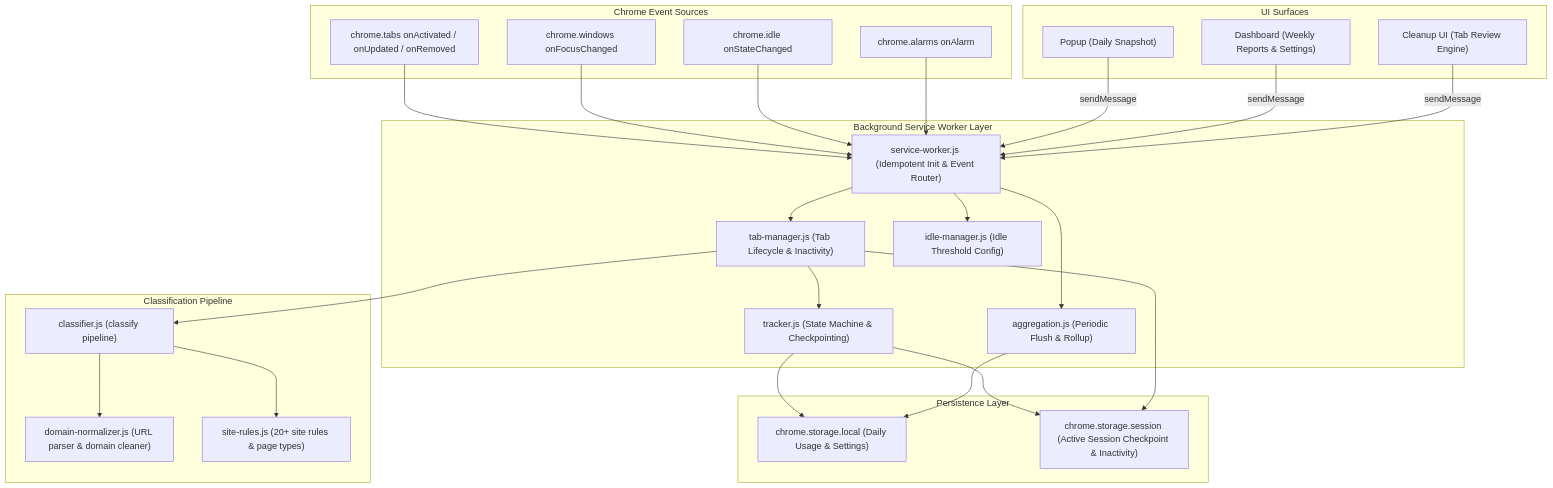
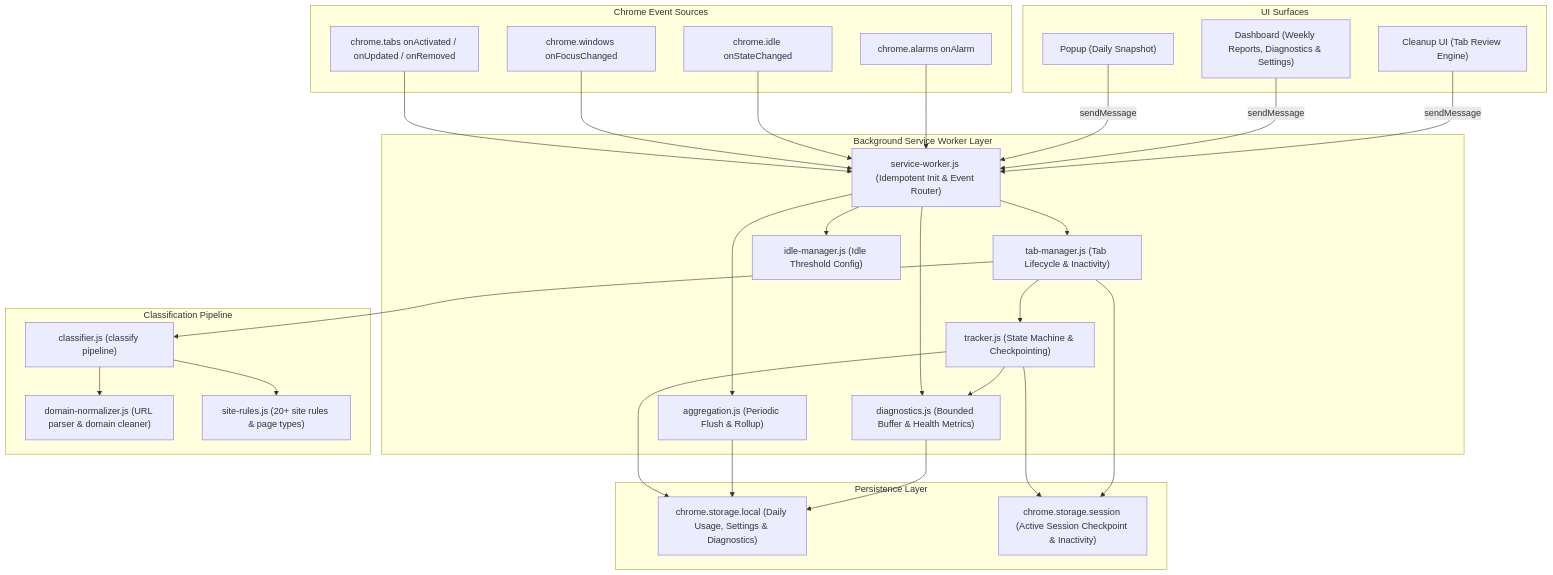
One commit to Bhavadharani412/Web-Usage-Tracker changed the first of 2 diagrams in README.md. Above: the diagram before and after it, drawn with Mermaid. The commit also changed other lines of this file, not shown here.

Commit message:
docs(diagnostics): document health diagnostics, test coverage, and benchmark results

````diff
--- a/README.md
+++ b/README.md
@@ -108,57 +134,61 @@
 ```mermaid
 graph TD
     subgraph BrowserEvents["Chrome Event Sources"]
         BE_Tabs["chrome.tabs onActivated / onUpdated / onRemoved"]
         BE_Win["chrome.windows onFocusChanged"]
         BE_Idle["chrome.idle onStateChanged"]
         BE_Alarm["chrome.alarms onAlarm"]
     end
 
     subgraph ServiceWorkerLayer["Background Service Worker Layer"]
         SW["service-worker.js (Idempotent Init & Event Router)"]
         TM["tab-manager.js (Tab Lifecycle & Inactivity)"]
         TR["tracker.js (State Machine & Checkpointing)"]
         IM["idle-manager.js (Idle Threshold Config)"]
         AG["aggregation.js (Periodic Flush & Rollup)"]
+        DIAG["diagnostics.js (Bounded Buffer & Health Metrics)"]
     end
 
     subgraph ClassificationLayer["Classification Pipeline"]
         CL["classifier.js (classify pipeline)"]
         DN["domain-normalizer.js (URL parser & domain cleaner)"]
         SR["site-rules.js (20+ site rules & page types)"]
     end
 
     subgraph StorageLayer["Persistence Layer"]
-        ST_Local["chrome.storage.local (Daily Usage & Settings)"]
+        ST_Local["chrome.storage.local (Daily Usage, Settings & Diagnostics)"]
         ST_Session["chrome.storage.session (Active Session Checkpoint & Inactivity)"]
     end
 
     subgraph UILayer["UI Surfaces"]
         POP["Popup (Daily Snapshot)"]
-        DASH["Dashboard (Weekly Reports & Settings)"]
+        DASH["Dashboard (Weekly Reports, Diagnostics & Settings)"]
         CLEAN["Cleanup UI (Tab Review Engine)"]
     end
 
     BE_Tabs --> SW
     BE_Win --> SW
     BE_Idle --> SW
     BE_Alarm --> SW
 
     SW --> TM
     SW --> IM
     SW --> AG
+    SW --> DIAG
 
     TM --> TR
     TM --> CL
     CL --> DN
     CL --> SR
 
     TR --> ST_Session
     TR --> ST_Local
+    TR --> DIAG
     TM --> ST_Session
     AG --> ST_Local
+    DIAG --> ST_Local
 
     POP -- "sendMessage" --> SW
     DASH -- "sendMessage" --> SW
     CLEAN -- "sendMessage" --> SW
 ```
````
